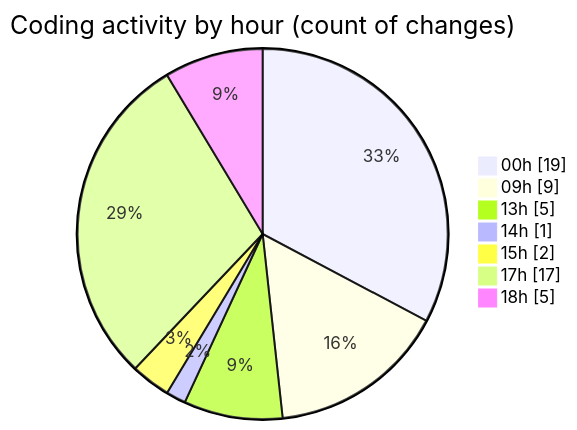
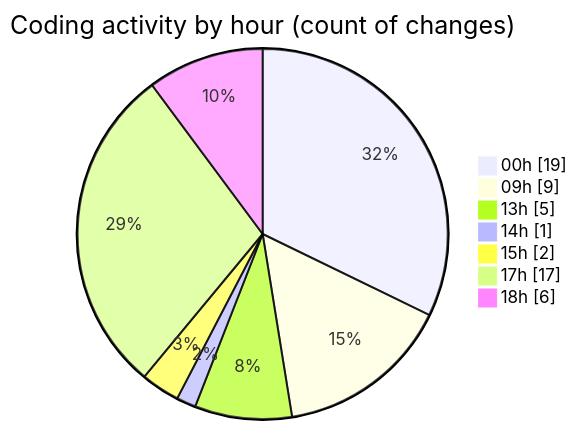
The second of 2 diagrams in 2025-08-12/ribbon/README.md (EIIisD/code-tracking), drawn with Mermaid before and after one commit. The commit also changed other lines of this file and 1 other file, not shown here.

````diff
--- a/2025-08-12/ribbon/README.md
+++ b/2025-08-12/ribbon/README.md
@@ -49,11 +49,11 @@
 ```mermaid
 pie showData
 title Coding activity by hour (count of changes)
 "00h" : 19
 "09h" : 9
 "13h" : 5
 "14h" : 1
 "15h" : 2
 "17h" : 17
-"18h" : 5
+"18h" : 6
 ```
````
